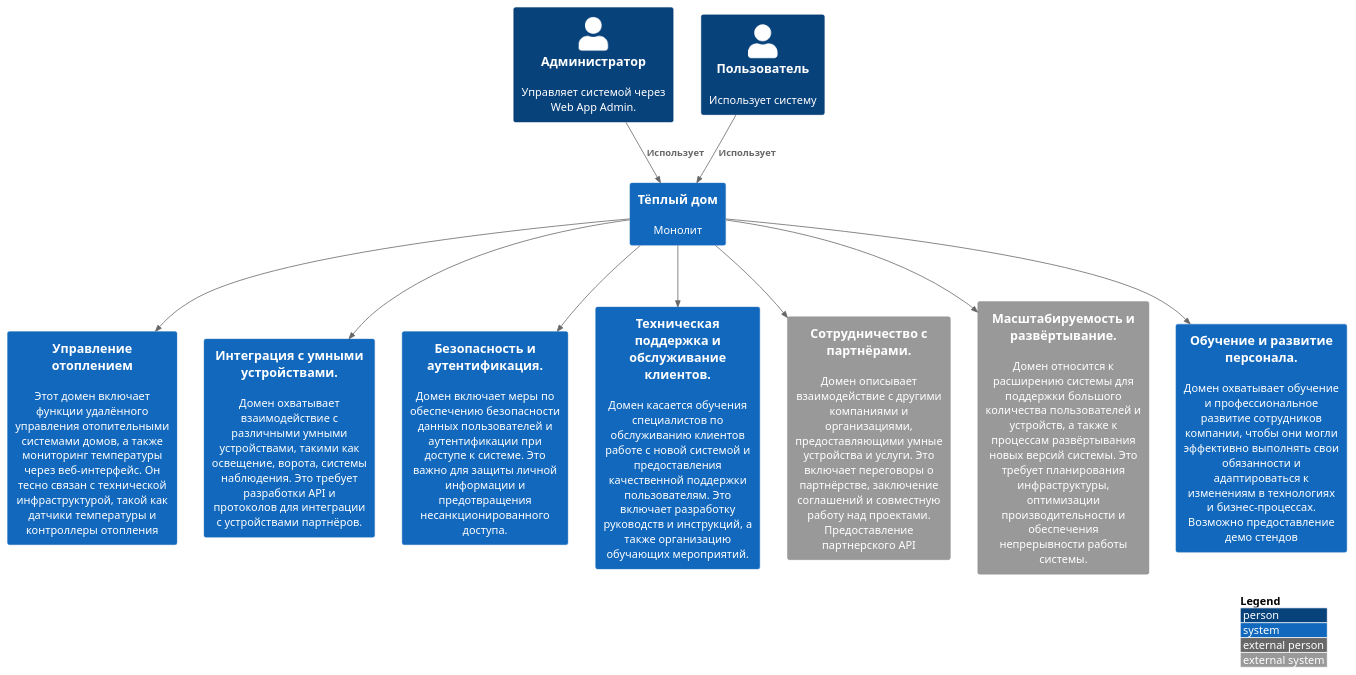
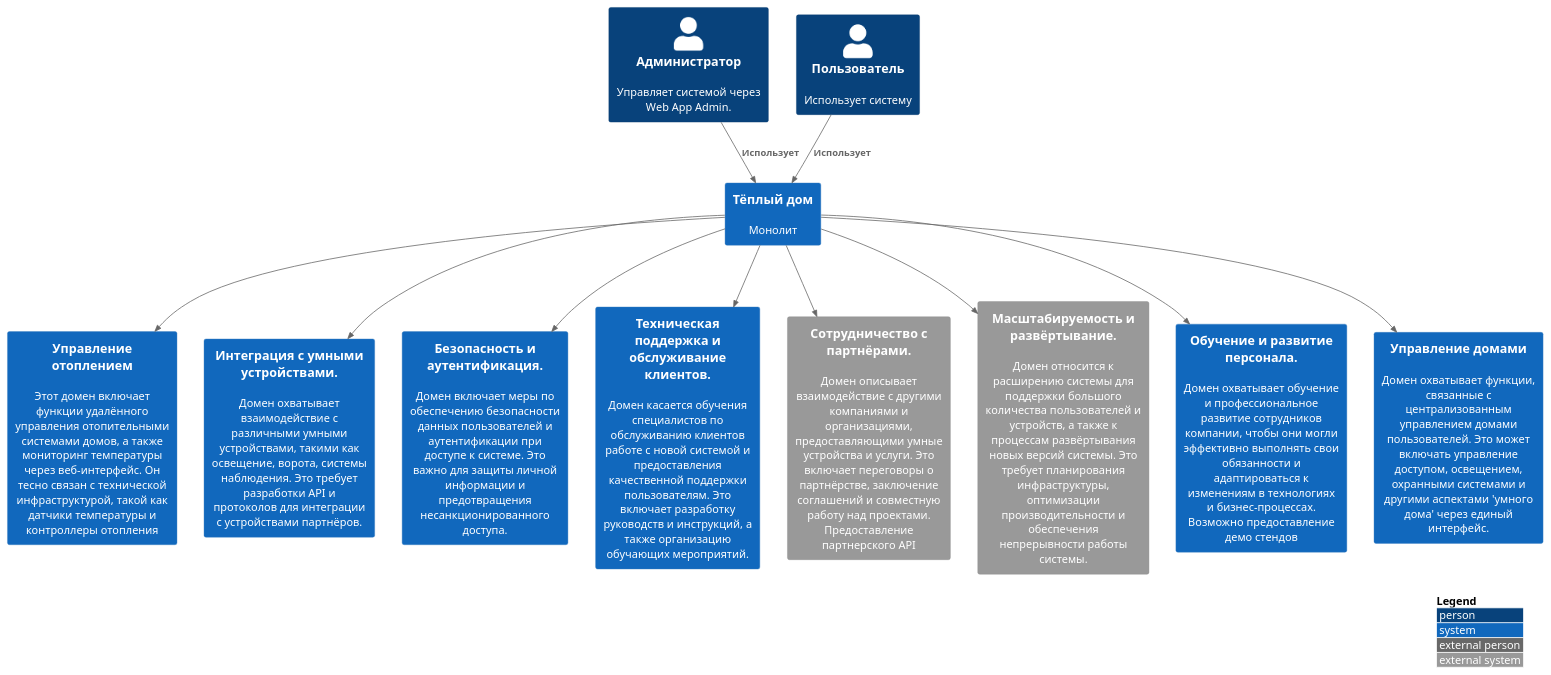
Before and after one commit to defaktor/architecture-sprint-3: the first of 11 diagrams in Project_template_part_1.md, drawn with PlantUML. The commit also changed other lines of this file, not shown here.

````diff
--- a/Project_template_part_1.md
+++ b/Project_template_part_1.md
@@ -70,34 +71,33 @@
 ```puml
 @startuml
 !include https://raw.githubusercontent.com/plantuml-stdlib/C4-PlantUML/master/C4_Context.puml
 LAYOUT_WITH_LEGEND()
 
 
 Person(admin, "Администратор", "Управляет системой через Web App Admin.")
 Person(user, "Пользователь", "Использует систему")
 
 System(control, "Управление отоплением", "Этот домен включает функции удалённого управления отопительными системами домов, а также мониторинг температуры через веб-интерфейс. Он тесно связан с технической инфраструктурой, такой как датчики температуры и контроллеры отопления")
 System(broker, "Интеграция с умными устройствами.", "Домен охватывает взаимодействие с различными умными устройствами, такими как освещение, ворота, системы наблюдения. Это требует разработки API и протоколов для интеграции с устройствами партнёров.")
 System(auth, "Безопасность и аутентификация.", "Домен включает меры по обеспечению безопасности данных пользователей и аутентификации при доступе к системе. Это важно для защиты личной информации и предотвращения несанкционированного доступа.")
 System(support, "Техническая поддержка и обслуживание клиентов.", "Домен касается обучения специалистов по обслуживанию клиентов работе с новой системой и предоставления качественной поддержки пользователям. Это включает разработку руководств и инструкций, а также организацию обучающих мероприятий.")
 System_Ext(partners, "Сотрудничество с партнёрами.", "Домен описывает взаимодействие с другими компаниями и организациями, предоставляющими умные устройства и услуги. Это включает переговоры о партнёрстве, заключение соглашений и совместную работу над проектами. Предоставление партнерского API")
 System_Ext(scaling, "Масштабируемость и развёртывание.", "Домен относится к расширению системы для поддержки большого количества пользователей и устройств, а также к процессам развёртывания новых версий системы. Это требует планирования инфраструктуры, оптимизации производительности и обеспечения непрерывности работы системы.")
 System(personal, "Обучение и развитие персонала.", "Домен охватывает обучение и профессиональное развитие сотрудников компании, чтобы они могли эффективно выполнять свои обязанности и адаптироваться к изменениям в технологиях и бизнес-процессах. Возможно предоставление демо стендов")
-
-
+System(houseManagement, "Управление домами", "Домен охватывает функции, связанные с централизованным управлением домами пользователей. Это может включать управление доступом, освещением, охранными системами и другими аспектами 'умного дома' через единый интерфейс.")
 
 System(wormHouse, "Тёплый дом", "Монолит")
 
 Rel(admin, wormHouse, "Использует", "")
 Rel(user, wormHouse, "Использует", "")
 
 Rel(wormHouse, control, "")
 Rel(wormHouse, broker, "")
 Rel(wormHouse, auth, "")
 Rel(wormHouse, support, "")
 Rel(wormHouse, partners, "")
 Rel(wormHouse, scaling, "")
 Rel(wormHouse, personal, "")
-
+Rel(wormHouse, houseManagement, "")
 @enduml
 ```
````
